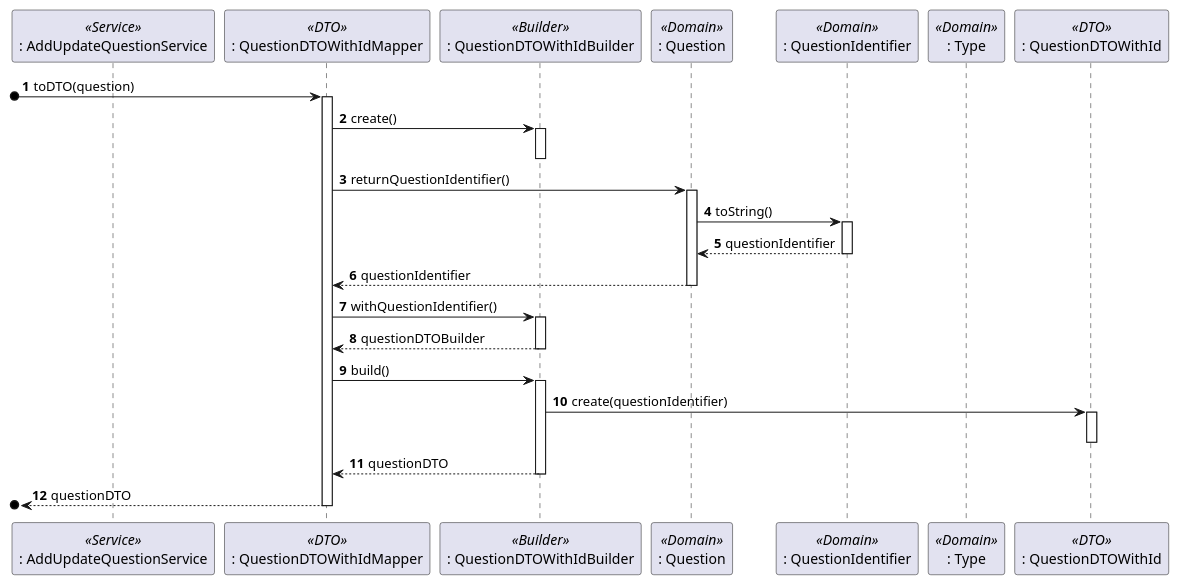
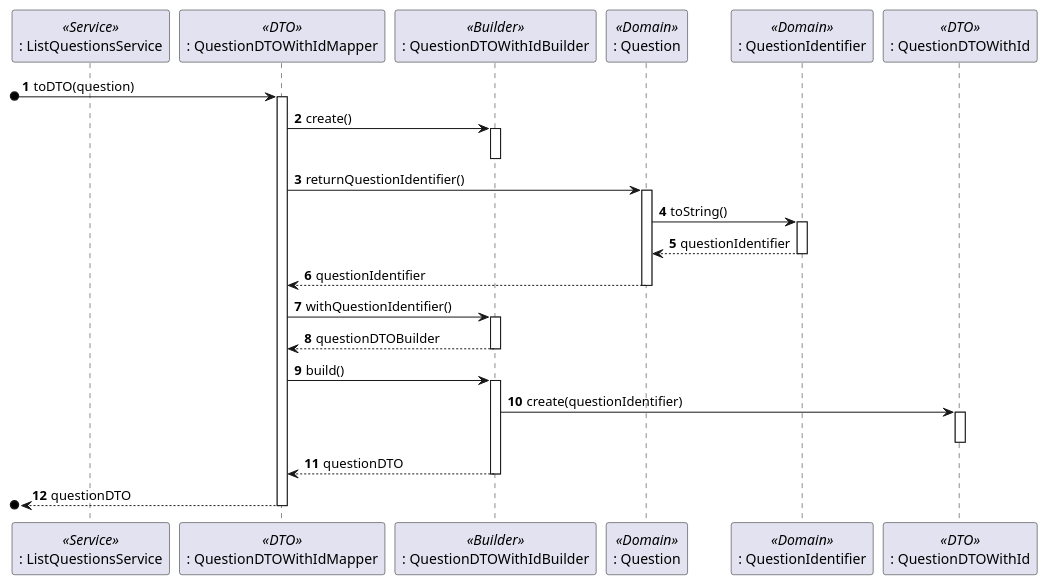
Before and after one commit to Marco-Nobrega-Andrade/sem4pi_22_23: the diagram in docs/Sprint_B/us_2007/us_2007_SD_QuestionDTO.puml, drawn with PlantUML. The commit also changed 6 other files, not shown here.

Commit message:
[US_2007][Design] Changed the Design of listQuestions because is now a seperate use case

```diff
--- a/docs/Sprint_B/us_2007/us_2007_SD_QuestionDTO.puml
+++ b/docs/Sprint_B/us_2007/us_2007_SD_QuestionDTO.puml
@@ -1,40 +1,39 @@
 @startuml
 autonumber
 
-participant ": AddUpdateQuestionService" as AUQS <<Service>>
+participant ": ListQuestionsService" as AUQS <<Service>>
 participant ": QuestionDTOWithIdMapper" as QM <<DTO>>
 participant ": QuestionDTOWithIdBuilder" as QB <<Builder>>
 participant ": Question" as Q <<Domain>>
 
 participant ": QuestionIdentifier" as CI <<Domain>>
-participant ": Type" as T <<Domain>>
 participant ": QuestionDTOWithId" as QDTO <<DTO>>
 
 [o-> QM : toDTO(question)
 activate QM
 QM -> QB : create()
 activate QB
 deactivate QB
 QM -> Q : returnQuestionIdentifier()
 activate Q
 Q -> CI : toString()
 activate CI
 CI --> Q : questionIdentifier
 deactivate CI
 Q --> QM : questionIdentifier
 deactivate Q
 QM -> QB : withQuestionIdentifier()
 activate QB
 QB --> QM : questionDTOBuilder
 deactivate QB
 QM -> QB : build()
 activate QB
 QB -> QDTO : create(questionIdentifier)
 activate QDTO
 deactivate QDTO
 QB --> QM : questionDTO
 deactivate QB
 QM -->o[ : questionDTO
 deactivate QM
 
 @enduml
```
